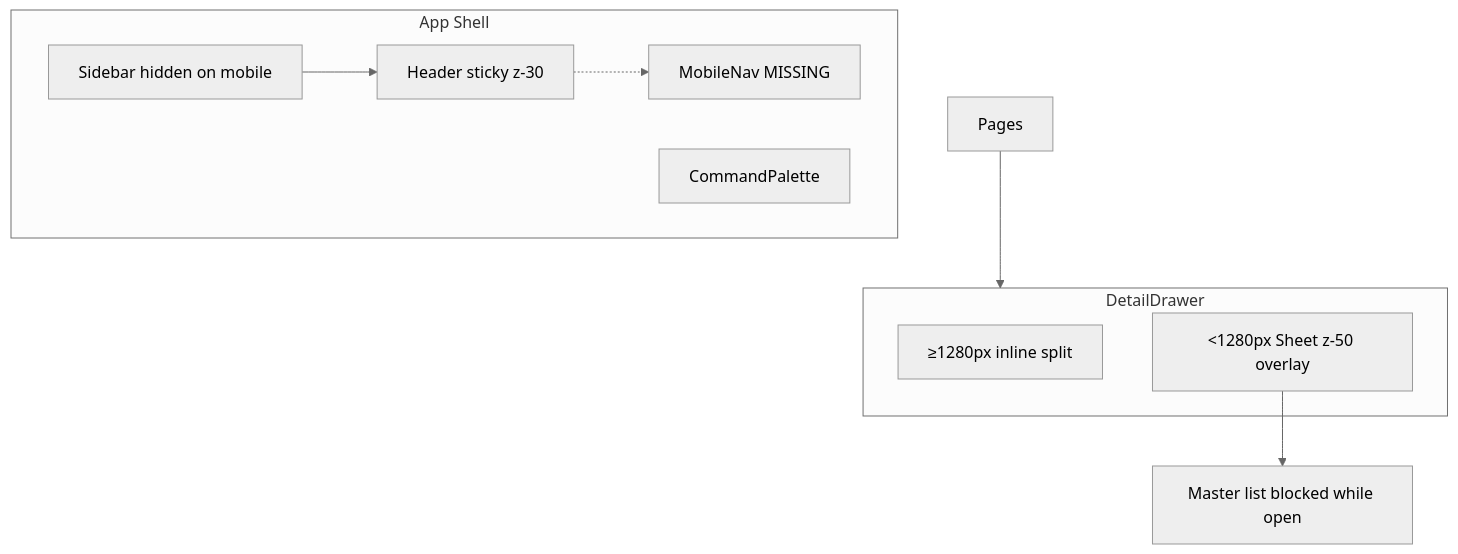
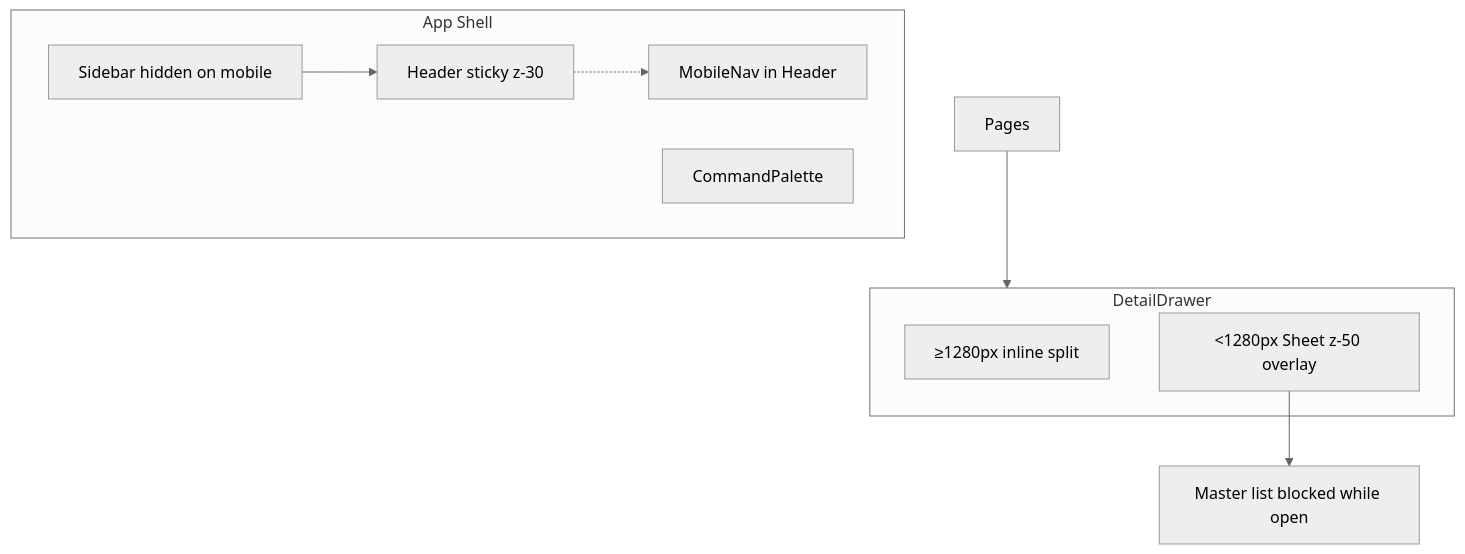
Before and after one commit to AryanshTech/aryansh-mesh-frontend: the diagram in UI-AUDIT.md, drawn with Mermaid (neutral theme). The commit also changed other lines of this file and 45 other files, not shown here.

First line of the commit message:
fix(marketing): stabilize create flows and harden dialog auth handling

````diff
--- a/UI-AUDIT.md
+++ b/UI-AUDIT.md
@@ -321,17 +345,17 @@
 ```mermaid
 flowchart TB
   subgraph shell [App Shell]
     Sidebar["Sidebar hidden on mobile"]
     Header["Header sticky z-30"]
-    MobileNav["MobileNav MISSING"]
+    MobileNav["MobileNav in Header"]
     CmdK["CommandPalette"]
   end
   subgraph drawer [DetailDrawer]
     Wide["≥1280px inline split"]
     Narrow["<1280px Sheet z-50 overlay"]
   end
   Sidebar --> Header
   Header -.-> MobileNav
   Pages --> drawer
   Narrow --> BlockList["Master list blocked while open"]
 ```
````
